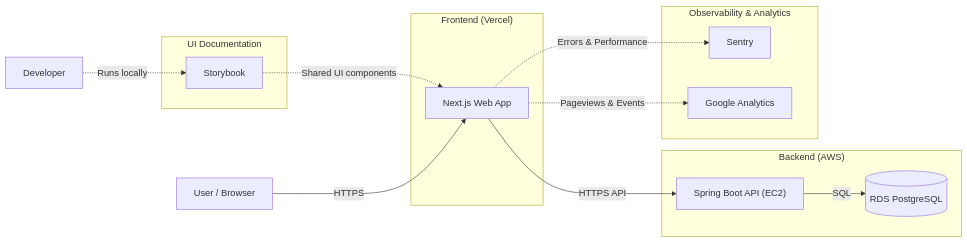
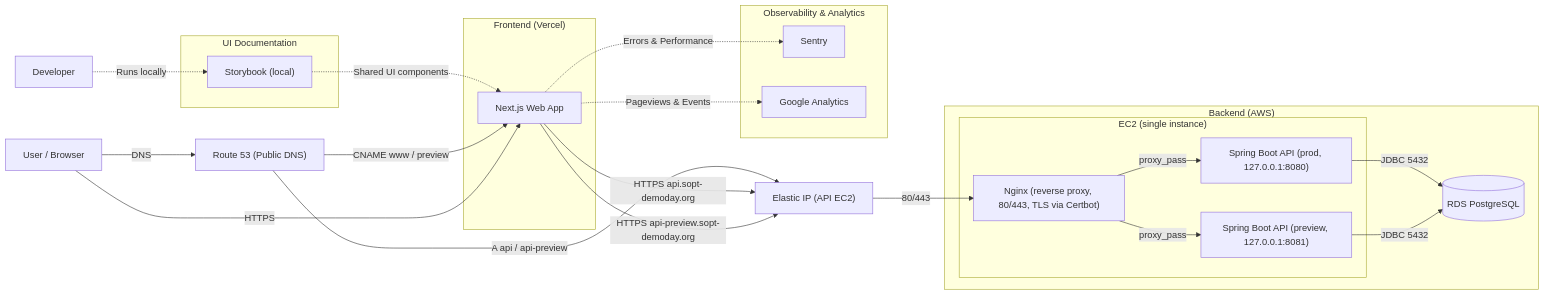
One commit to maehwasoo/SOPT-37th-DEMODAY changed the first of 2 diagrams in README.md. Above: the diagram before and after it, drawn with Mermaid. The commit also changed other lines of this file, not shown here.

Commit message:
docs: 인프라 다이어그램 갱신 및 보안 설정 명시

````diff
--- a/README.md
+++ b/README.md
@@ -14,33 +16,51 @@
 ```mermaid
 flowchart LR
   Dev["Developer"]
   U["User / Browser"]
+  R53["Route 53 (Public DNS)"]
+  EIP["Elastic IP (API EC2)"]
 
   subgraph Tooling["UI Documentation"]
-    SB["Storybook"]
+    SB["Storybook (local)"]
   end
 
   subgraph Vercel["Frontend (Vercel)"]
     Web["Next.js Web App"]
   end
 
   subgraph AWS["Backend (AWS)"]
-    API["Spring Boot API (EC2)"]
+    subgraph EC2Host["EC2 (single instance)"]
+      Nginx["Nginx (reverse proxy, 80/443, TLS via Certbot)"]
+      APIProd["Spring Boot API (prod, 127.0.0.1:8080)"]
+      APIPreview["Spring Boot API (preview, 127.0.0.1:8081)"]
+    end
+
     RDS[(RDS PostgreSQL)]
   end
 
   subgraph SaaS["Observability & Analytics"]
     Sentry["Sentry"]
     GA["Google Analytics"]
   end
 
   Dev -.->|Runs locally| SB
   SB -.->|Shared UI components| Web
 
+  U -->|DNS| R53
+  R53 -->|CNAME www / preview| Web
+  R53 -->|A api / api-preview| EIP
+
   U -->|HTTPS| Web
-  Web -->|HTTPS API| API
-  API -->|SQL| RDS
+  Web -->|HTTPS api.sopt-demoday.org| EIP
+  Web -->|HTTPS api-preview.sopt-demoday.org| EIP
+
+  EIP -->|80/443| Nginx
+  Nginx -->|proxy_pass| APIProd
+  Nginx -->|proxy_pass| APIPreview
+
+  APIProd -->|JDBC 5432| RDS
+  APIPreview -->|JDBC 5432| RDS
 
   Web -.->|Errors & Performance| Sentry
   Web -.->|Pageviews & Events| GA
 ```
````
